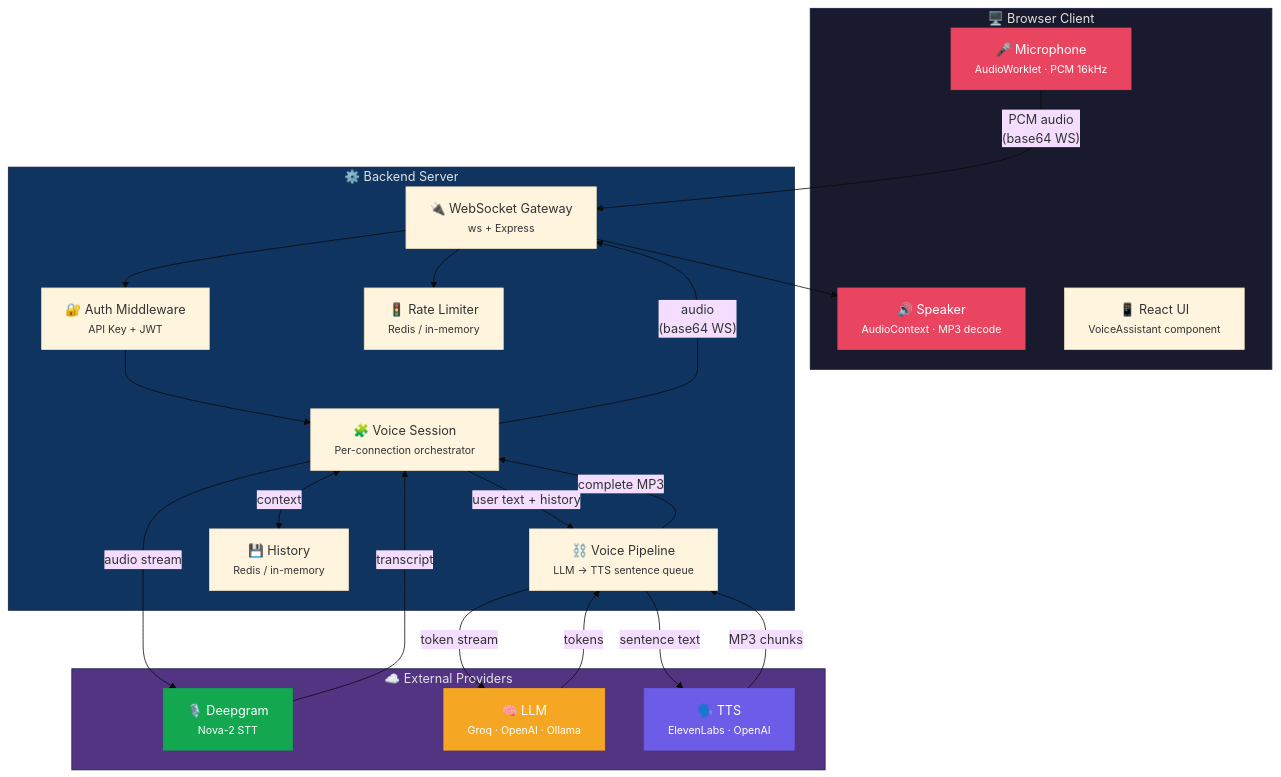
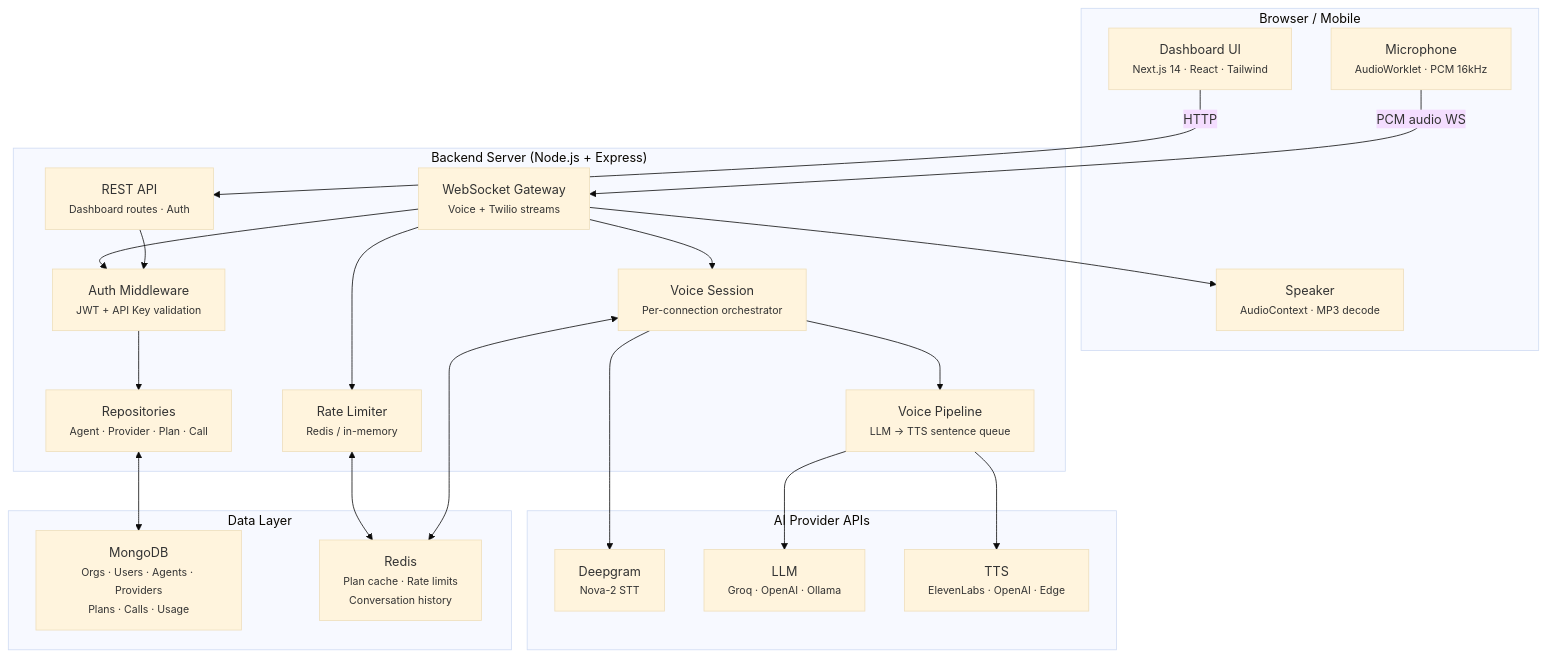
One commit to xettri/voicex changed the first of 9 diagrams in docs/src/architecture.md. Above: the diagram before and after it, drawn with Mermaid (base theme). The commit also changed other lines of this file and 48 other files, not shown here.

````diff
--- a/docs/src/architecture.md
+++ b/docs/src/architecture.md
@@ -9,48 +14,48 @@
 ```mermaid
 graph TB
-    subgraph Client ["🖥️ Browser Client"]
-        MIC["🎤 Microphone<br/><small>AudioWorklet · PCM 16kHz</small>"]
-        SPK["🔊 Speaker<br/><small>AudioContext · MP3 decode</small>"]
-        UI["📱 React UI<br/><small>VoiceAssistant component</small>"]
+    subgraph Client ["Browser / Mobile"]
+        DASH["Dashboard UI<br/><small>Next.js 14 · React · Tailwind</small>"]
+        MIC["Microphone<br/><small>AudioWorklet · PCM 16kHz</small>"]
+        SPK["Speaker<br/><small>AudioContext · MP3 decode</small>"]
     end
 
-    subgraph Server ["⚙️ Backend Server"]
-        GW["🔌 WebSocket Gateway<br/><small>ws + Express</small>"]
-        VS["🧩 Voice Session<br/><small>Per-connection orchestrator</small>"]
-        VP["⛓️ Voice Pipeline<br/><small>LLM → TTS sentence queue</small>"]
-        AUTH["🔐 Auth Middleware<br/><small>API Key + JWT</small>"]
-        RL["🚦 Rate Limiter<br/><small>Redis / in-memory</small>"]
-        HIST["💾 History<br/><small>Redis / in-memory</small>"]
+    subgraph Server ["Backend Server (Node.js + Express)"]
+        REST["REST API<br/><small>Dashboard routes · Auth</small>"]
+        GW["WebSocket Gateway<br/><small>Voice + Twilio streams</small>"]
+        VS["Voice Session<br/><small>Per-connection orchestrator</small>"]
+        VP["Voice Pipeline<br/><small>LLM → TTS sentence queue</small>"]
+        AUTH["Auth Middleware<br/><small>JWT + API Key validation</small>"]
+        RL["Rate Limiter<br/><small>Redis / in-memory</small>"]
+        REPO["Repositories<br/><small>Agent · Provider · Plan · Call</small>"]
     end
 
-    subgraph Providers ["☁️ External Providers"]
-        DG["🎙️ Deepgram<br/><small>Nova-2 STT</small>"]
-        LLM["🧠 LLM<br/><small>Groq · OpenAI · Ollama</small>"]
-        TTS["🗣️ TTS<br/><small>ElevenLabs · OpenAI</small>"]
+    subgraph Data ["Data Layer"]
+        MONGO["MongoDB<br/><small>Orgs · Users · Agents · Providers<br/>Plans · Calls · Usage</small>"]
+        REDIS["Redis<br/><small>Plan cache · Rate limits<br/>Conversation history</small>"]
     end
 
-    MIC -->|"PCM audio<br/>(base64 WS)"| GW
+    subgraph AI ["AI Provider APIs"]
+        DG["Deepgram<br/><small>Nova-2 STT</small>"]
+        LLM["LLM<br/><small>Groq · OpenAI · Ollama</small>"]
+        TTS["TTS<br/><small>ElevenLabs · OpenAI · Edge</small>"]
+    end
+
+    DASH -->|"HTTP"| REST
+    MIC -->|"PCM audio WS"| GW
+    GW --> SPK
+
+    REST --> AUTH
     GW --> AUTH
-    AUTH --> VS
-    VS -->|"audio stream"| DG
-    DG -->|"transcript"| VS
-    VS -->|"user text + history"| VP
-    VP -->|"token stream"| LLM
-    LLM -->|"tokens"| VP
-    VP -->|"sentence text"| TTS
-    TTS -->|"MP3 chunks"| VP
-    VP -->|"complete MP3"| VS
-    VS -->|"audio<br/>(base64 WS)"| GW
-    GW --> SPK
-    VS <-->|"context"| HIST
+    AUTH --> REPO
     GW --> RL
+    GW --> VS
+    VS --> VP
 
-    style Client fill:#1a1a2e,stroke:#16213e,color:#e0e0e0
-    style Server fill:#0f3460,stroke:#16213e,color:#e0e0e0
-    style Providers fill:#533483,stroke:#16213e,color:#e0e0e0
-    style MIC fill:#e94560,stroke:#e94560,color:#fff
-    style SPK fill:#e94560,stroke:#e94560,color:#fff
-    style DG fill:#13a84f,stroke:#13a84f,color:#fff
-    style LLM fill:#f5a623,stroke:#f5a623,color:#fff
-    style TTS fill:#6c5ce7,stroke:#6c5ce7,color:#fff
+    REPO <--> MONGO
+    VS <--> REDIS
+    RL <--> REDIS
+
+    VS --> DG
+    VP --> LLM
+    VP --> TTS
 ```
````
